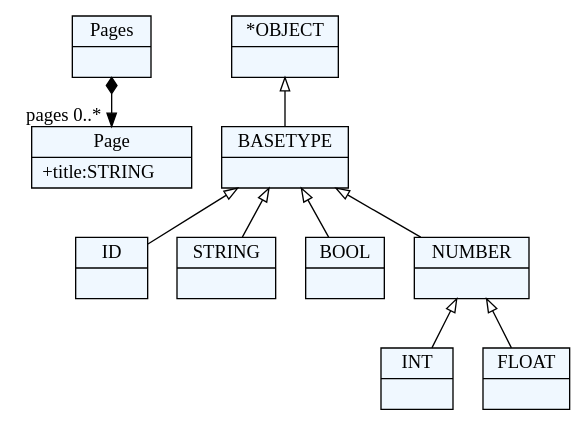
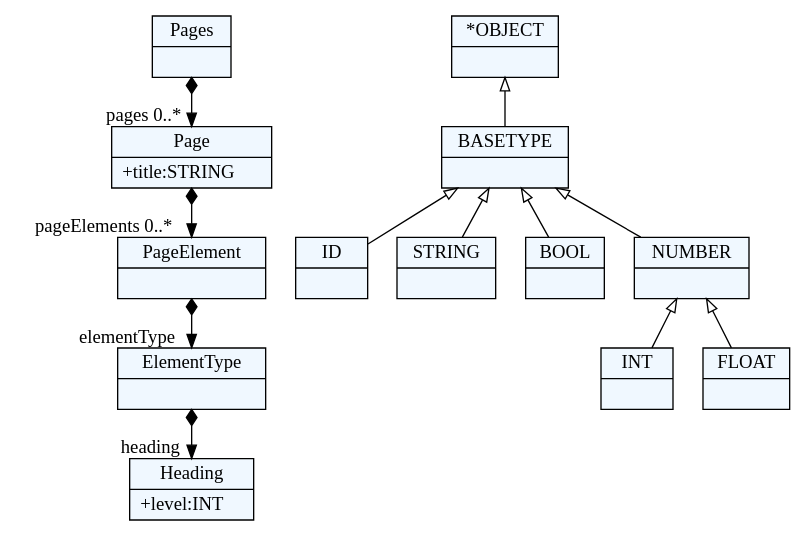
The diagram in JSD/grammer.dot (jovana992/jsd2017), drawn with Graphviz before and after one commit. The commit also changed 4 other files, not shown here.

Commit message:
Added rule for heading level.

```diff
--- a/JSD/grammer.dot
+++ b/JSD/grammer.dot
@@ -1,43 +1,52 @@
 
     digraph xtext {
     fontname = "Bitstream Vera Sans"
     fontsize = 8
     node[
         shape=record,
         style=filled,
         fillcolor=aliceblue
     ]
     nodesep = 0.3
     edge[dir=black,arrowtail=empty]
 
 
-1907492519080 -> 1907492531352[arrowtail=diamond, dir=both, headlabel="pages 0..*"]
-1907492519080[ label="{Pages|}"]
+2312161750072 -> 2312161755736[arrowtail=diamond, dir=both, headlabel="pages 0..*"]
+2312161750072[ label="{Pages|}"]
 
-1907492531352[ label="{Page|+title:STRING\l}"]
+2312161755736 -> 2312161751960[arrowtail=diamond, dir=both, headlabel="pageElements 0..*"]
+2312161755736[ label="{Page|+title:STRING\l}"]
 
-1907491723112[ label="{ID|}"]
+2312161751960 -> 2312161737800[arrowtail=diamond, dir=both, headlabel="elementType "]
+2312161751960[ label="{PageElement|}"]
 
-1907492528520[ label="{STRING|}"]
+2312161737800 -> 2312161745352[arrowtail=diamond, dir=both, headlabel="heading "]
+2312161737800[ label="{ElementType|}"]
 
-1907492520024[ label="{BOOL|}"]
+2312161745352[ label="{Heading|+level:INT\l}"]
 
-1907492512472[ label="{INT|}"]
+2312160804760[ label="{ID|}"]
 
-1907492530408[ label="{FLOAT|}"]
+2312161756680[ label="{STRING|}"]
 
-1907492516248[ label="{NUMBER|}"]
-1907492516248 -> 1907492530408 [dir=back]
-1907492516248 -> 1907492512472 [dir=back]
+2312161744408[ label="{BOOL|}"]
 
-1907492523800[ label="{BASETYPE|}"]
-1907492523800 -> 1907492516248 [dir=back]
-1907492523800 -> 1907492520024 [dir=back]
-1907492523800 -> 1907491723112 [dir=back]
-1907492523800 -> 1907492528520 [dir=back]
+2312161725528[ label="{INT|}"]
 
-1907492510584[ label="{*OBJECT|}"]
-1907492510584 -> 1907492523800 [dir=back]
+2312161739688[ label="{FLOAT|}"]
+
+2312161727416[ label="{NUMBER|}"]
+2312161727416 -> 2312161739688 [dir=back]
+2312161727416 -> 2312161725528 [dir=back]
+
+2312161752904[ label="{BASETYPE|}"]
+2312161752904 -> 2312161727416 [dir=back]
+2312161752904 -> 2312161744408 [dir=back]
+2312161752904 -> 2312160804760 [dir=back]
+2312161752904 -> 2312161756680 [dir=back]
+
+2312161728360[ label="{*OBJECT|}"]
+2312161728360 -> 2312161752904 [dir=back]
 
 
 }
```
